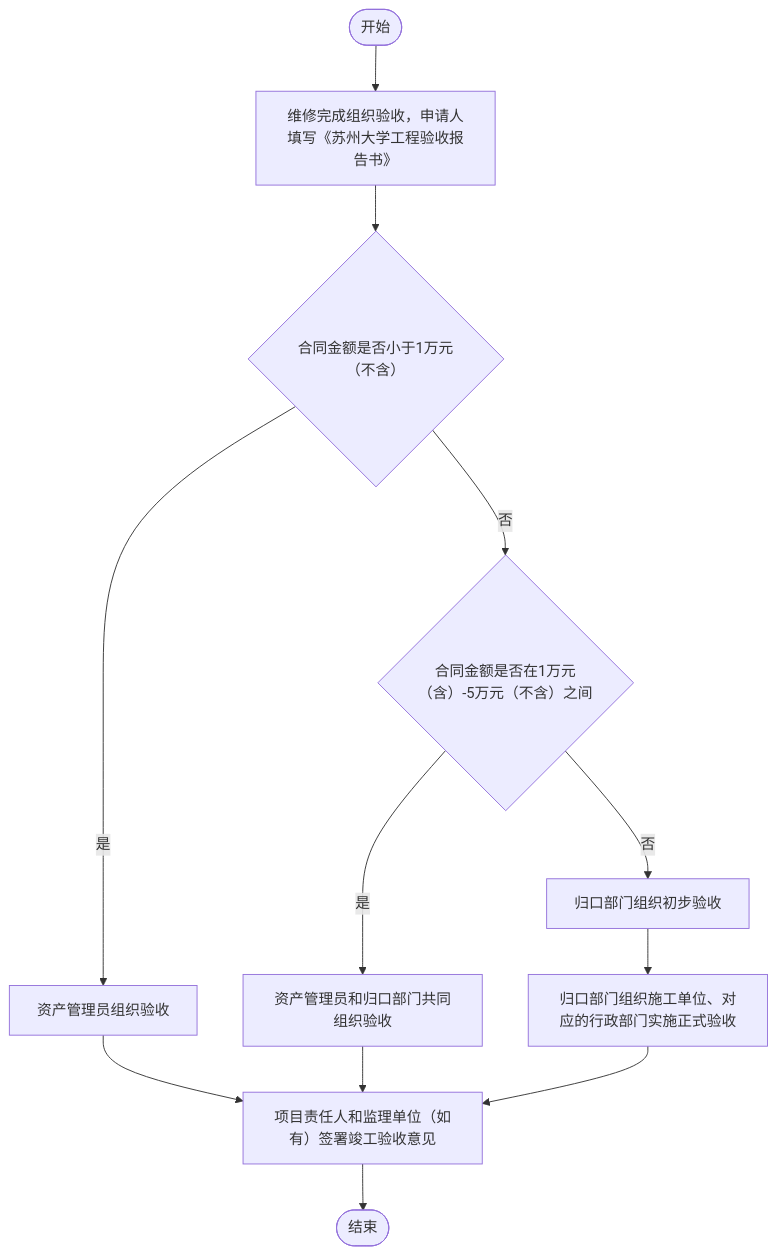
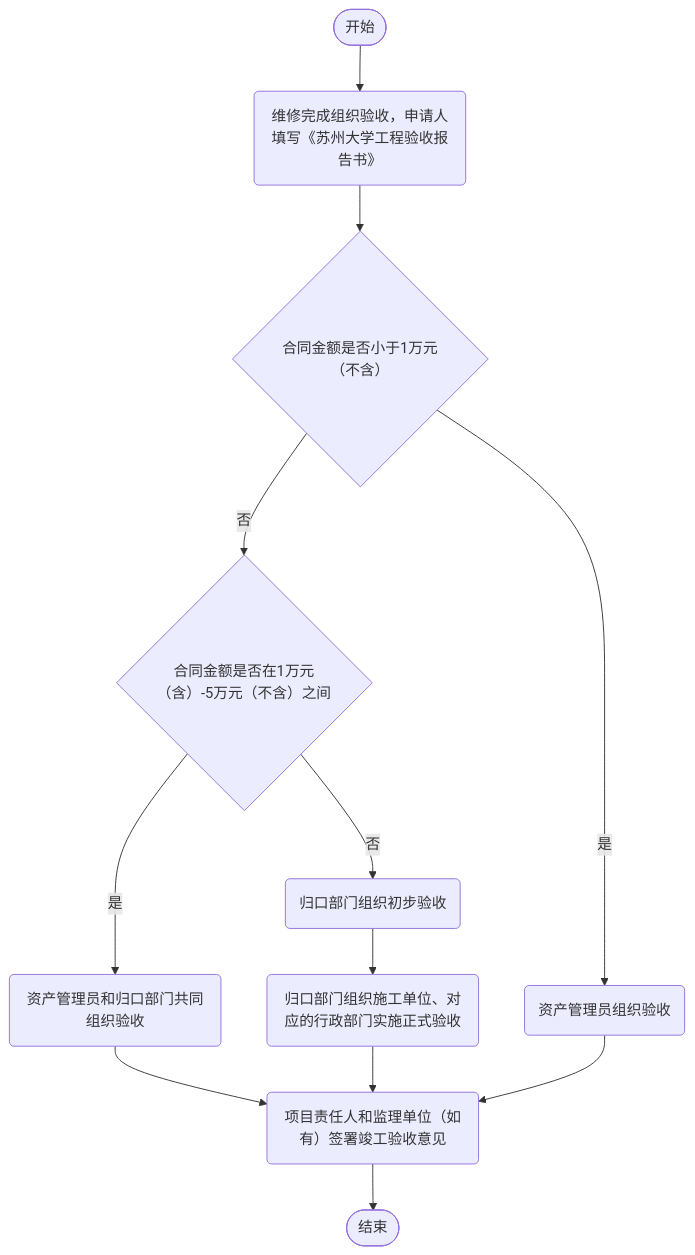
One commit to AmyIvan/work1 changed the diagram in outline2flow/mmd_outputs/page_46.mmd. Above: the diagram before and after it, drawn with Mermaid. The commit also changed 138 other files, not shown here.

```diff
--- a/outline2flow/mmd_outputs/page_46.mmd
+++ b/outline2flow/mmd_outputs/page_46.mmd
@@ -1,12 +1,12 @@
 flowchart TD
-    A([开始]) --> B[维修完成组织验收，申请人填写《苏州大学工程验收报告书》]
-    B --> C{合同金额是否小于1万元（不含）}
-    C -- 是 --> D[资产管理员组织验收]
-    C -- 否 --> E{合同金额是否在1万元（含）-5万元（不含）之间}
-    E -- 是 --> F[资产管理员和归口部门共同组织验收]
-    E -- 否 --> G[归口部门组织初步验收]
-    G --> H[归口部门组织施工单位、对应的行政部门实施正式验收]
-    D --> I[项目责任人和监理单位（如有）签署竣工验收意见]
-    F --> I
-    H --> I
-    I --> J([结束])
+    Start(["开始"]) --> Node1("维修完成组织验收，申请人填写《苏州大学工程验收报告书》")
+    Node1 --> Node2{"合同金额是否小于1万元（不含）"}
+    Node2 -->|是| Node3("资产管理员组织验收")
+    Node2 -->|否| Node4{"合同金额是否在1万元（含）-5万元（不含）之间"}
+    Node4 -->|是| Node5("资产管理员和归口部门共同组织验收")
+    Node4 -->|否| Node6("归口部门组织初步验收")
+    Node6 --> Node7("归口部门组织施工单位、对应的行政部门实施正式验收")
+    Node5 --> Node8("项目责任人和监理单位（如有）签署竣工验收意见")
+    Node7 --> Node8
+    Node3 --> Node8
+    Node8 --> End(["结束"])
```
